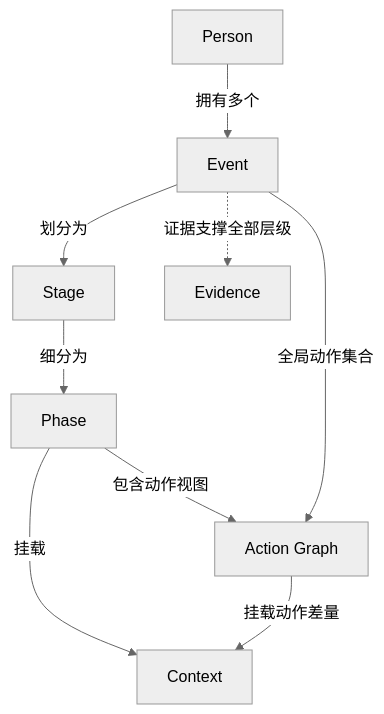
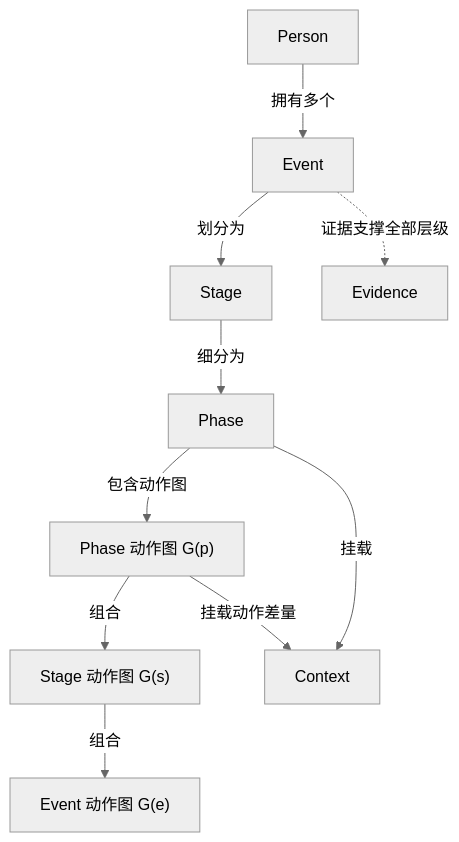
Before and after one commit to AgenticFinLab/FinMycelium: the second of 4 diagrams in docs/structures/0-overview.md, drawn with Mermaid (neutral theme). The commit also changed other lines of this file and 7 other files, not shown here.

First line of the commit message:
docs: simplify to strict hierarchical action-graph composition

````diff
--- a/docs/structures/0-overview.md
+++ b/docs/structures/0-overview.md
@@ -56,11 +56,12 @@
 ```mermaid
 flowchart TB
     P["Person"] -->|拥有多个| E["Event"]
     E -->|划分为| S["Stage"]
     S -->|细分为| PH["Phase"]
-    PH -->|包含动作视图| G["Action Graph"]
-    E -->|全局动作集合| G
+    PH -->|包含动作图| G["Phase 动作图 G(p)"]
+    G -->|组合| GS["Stage 动作图 G(s)"]
+    GS -->|组合| GE["Event 动作图 G(e)"]
     PH -->|挂载| C["Context"]
     G -->|挂载动作差量| C
     E -.->|证据支撑全部层级| EV["Evidence"]
 ```
````
